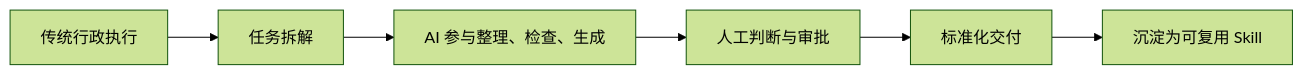
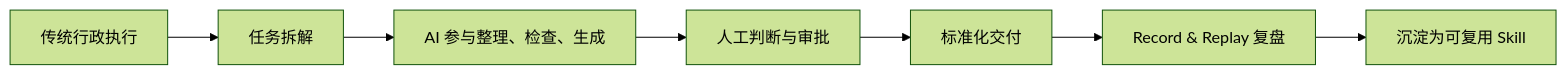
The diagram in README.md (AICode-Nexus/ai-first-administration), drawn with Mermaid (forest theme) before and after one commit. The commit also changed other lines of this file and 6 other files, not shown here.

Commit message:
Add Record & Replay course case

````diff
--- a/README.md
+++ b/README.md
@@ -39,8 +40,9 @@
 ```mermaid
 flowchart LR
     A[传统行政执行] --> B[任务拆解]
     B --> C[AI 参与整理、检查、生成]
     C --> D[人工判断与审批]
     D --> E[标准化交付]
-    E --> F[沉淀为可复用 Skill]
+    E --> F[Record & Replay 复盘]
+    F --> G[沉淀为可复用 Skill]
 ```
````
